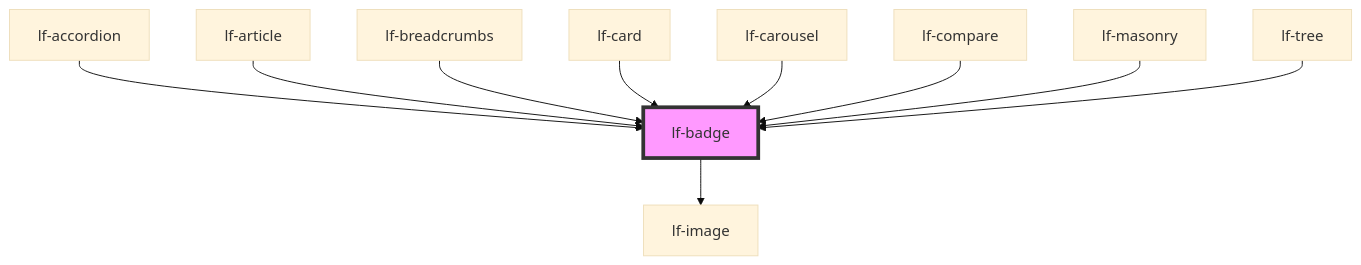
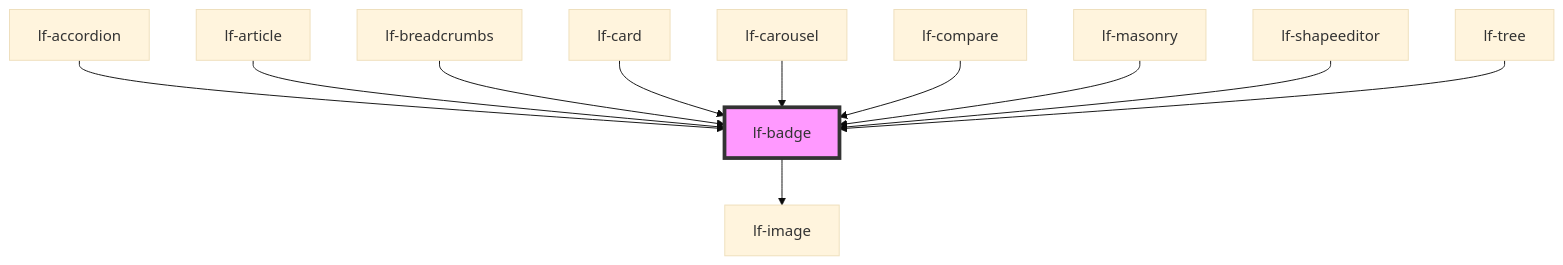
The diagram in packages/core/src/components/lf-badge/readme.md (lucafoscili/lf-widgets), drawn with Mermaid (base theme) before and after one commit. The commit also changed other lines of this file and 27 other files, not shown here.

````diff
--- a/packages/core/src/components/lf-badge/readme.md
+++ b/packages/core/src/components/lf-badge/readme.md
@@ -116,13 +117,14 @@
 ```mermaid
 graph TD;
   lf-badge --> lf-image
   lf-accordion --> lf-badge
   lf-article --> lf-badge
   lf-breadcrumbs --> lf-badge
   lf-card --> lf-badge
   lf-carousel --> lf-badge
   lf-compare --> lf-badge
   lf-masonry --> lf-badge
+  lf-shapeeditor --> lf-badge
   lf-tree --> lf-badge
   style lf-badge fill:#f9f,stroke:#333,stroke-width:4px
 ```
````
